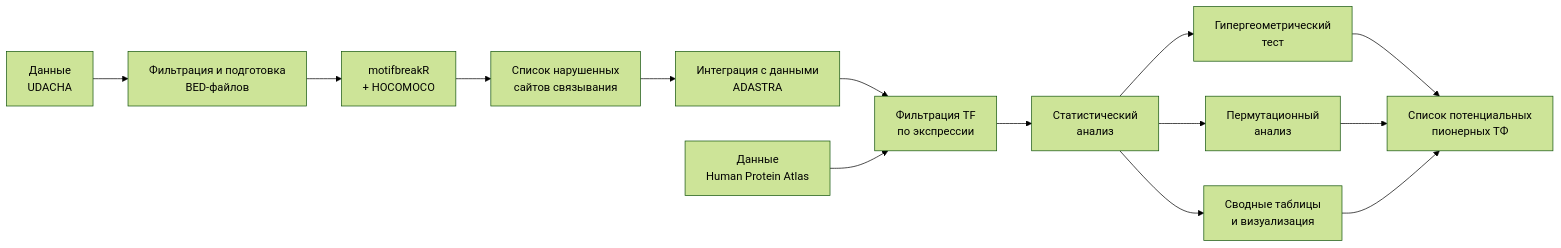
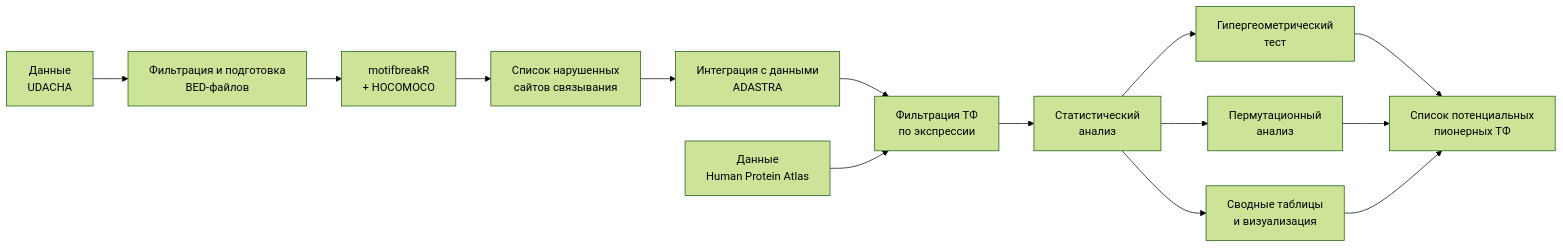
Before and after one commit to s-panish/Diploma: the diagram in README.md, drawn with Mermaid (forest theme). The commit also changed other lines of this file, not shown here.

````diff
--- a/README.md
+++ b/README.md
@@ -5,16 +5,16 @@
 ```mermaid
 flowchart LR
     A["Данные<br/>UDACHA"] --> B["Фильтрация и подготовка<br/>BED-файлов"]
     B --> C["motifbreakR<br/>+ HOCOMOCO"]
     C --> D["Список нарушенных<br/>сайтов связывания"]
     D --> E["Интеграция с данными<br/>ADASTRA"]
-    E --> F["Фильтрация TF<br/>по экспрессии"]
+    E --> F["Фильтрация ТФ<br/>по экспрессии"]
     G["Данные<br/>Human Protein Atlas"] --> F
     F --> H["Статистический<br/>анализ"]
     H --> I["Гипергеометрический<br/>тест"]
     H --> J["Пермутационный<br/>анализ"]
     H --> K["Сводные таблицы<br/>и визуализация"]
     I --> L["Список потенциальных<br/>пионерных ТФ"]
     J --> L
     K --> L
 ```
````
